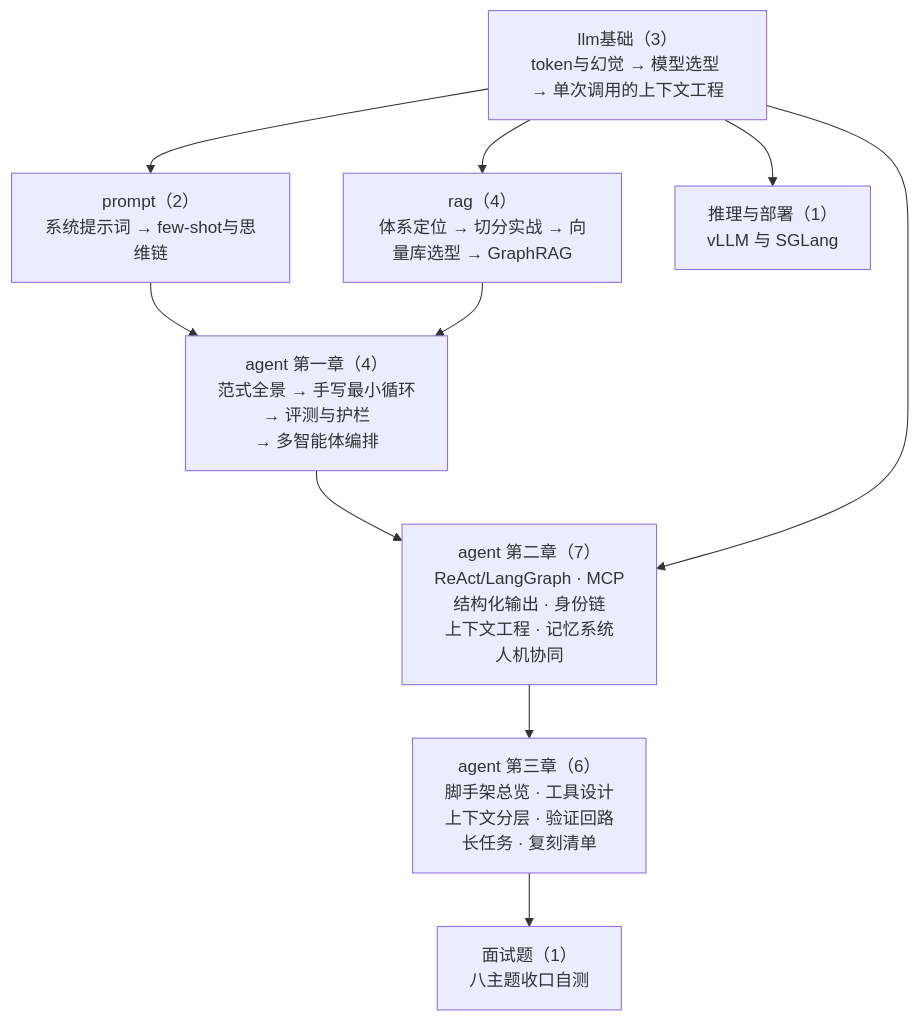
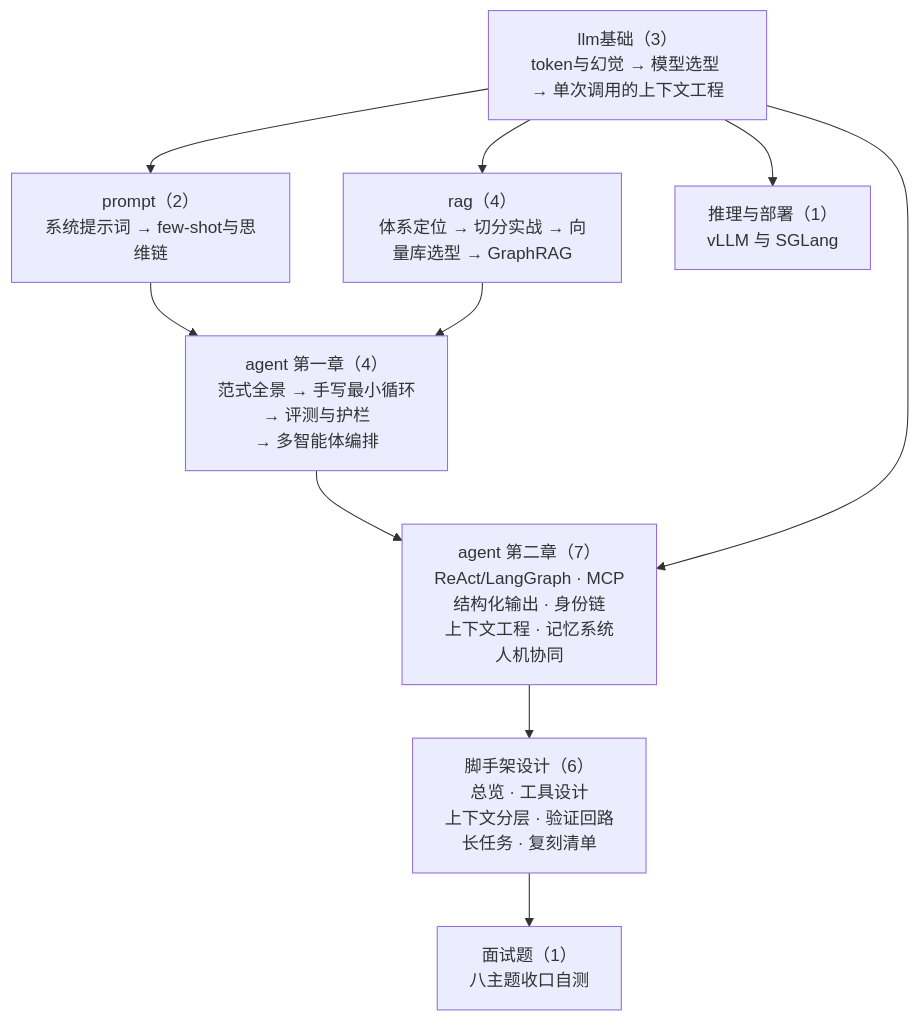
Before and after one commit to Mein-Augenstern/MUYI: the diagram in B-AI工程/README.md, drawn with Mermaid. The commit also changed other lines of this file and 10 other files, not shown here.

Commit message:
B轨脚手架: 脚手架设计系列独立成目录——六篇从 agent/ 移入 脚手架设计/（git mv 保留历史），新建系列导读页；agent 导读页恢复两章十一篇并指向延伸系列；B 轨导读页依赖图、路径与索引，面试题合集深读表同步；文章内编号改用系列自己的 1–6，指向 agent 的链接加 ../agent/

````diff
--- a/B-AI工程/README.md
+++ b/B-AI工程/README.md
@@ -9,20 +9,20 @@
 ```mermaid
 flowchart TD
     L["llm基础（3）<br/>token与幻觉 → 模型选型 → 单次调用的上下文工程"]
     P["prompt（2）<br/>系统提示词 → few-shot与思维链"]
     R["rag（4）<br/>体系定位 → 切分实战 → 向量库选型 → GraphRAG"]
     A1["agent 第一章（4）<br/>范式全景 → 手写最小循环<br/>→ 评测与护栏<br/>→ 多智能体编排"]
     A2["agent 第二章（7）<br/>ReAct/LangGraph · MCP<br/>结构化输出 · 身份链<br/>上下文工程 · 记忆系统<br/>人机协同"]
-    A3["agent 第三章（6）<br/>脚手架总览 · 工具设计<br/>上下文分层 · 验证回路<br/>长任务 · 复刻清单"]
+    H["脚手架设计（6）<br/>总览 · 工具设计<br/>上下文分层 · 验证回路<br/>长任务 · 复刻清单"]
     INF["推理与部署（1）<br/>vLLM 与 SGLang"]
     IT["面试题（1）<br/>八主题收口自测"]
     L --> P
     L --> R
     P --> A1
     R --> A1
     A1 --> A2
     L --> A2
-    A2 --> A3
-    A3 --> IT
+    A2 --> H
+    H --> IT
     L --> INF
 ```
````
